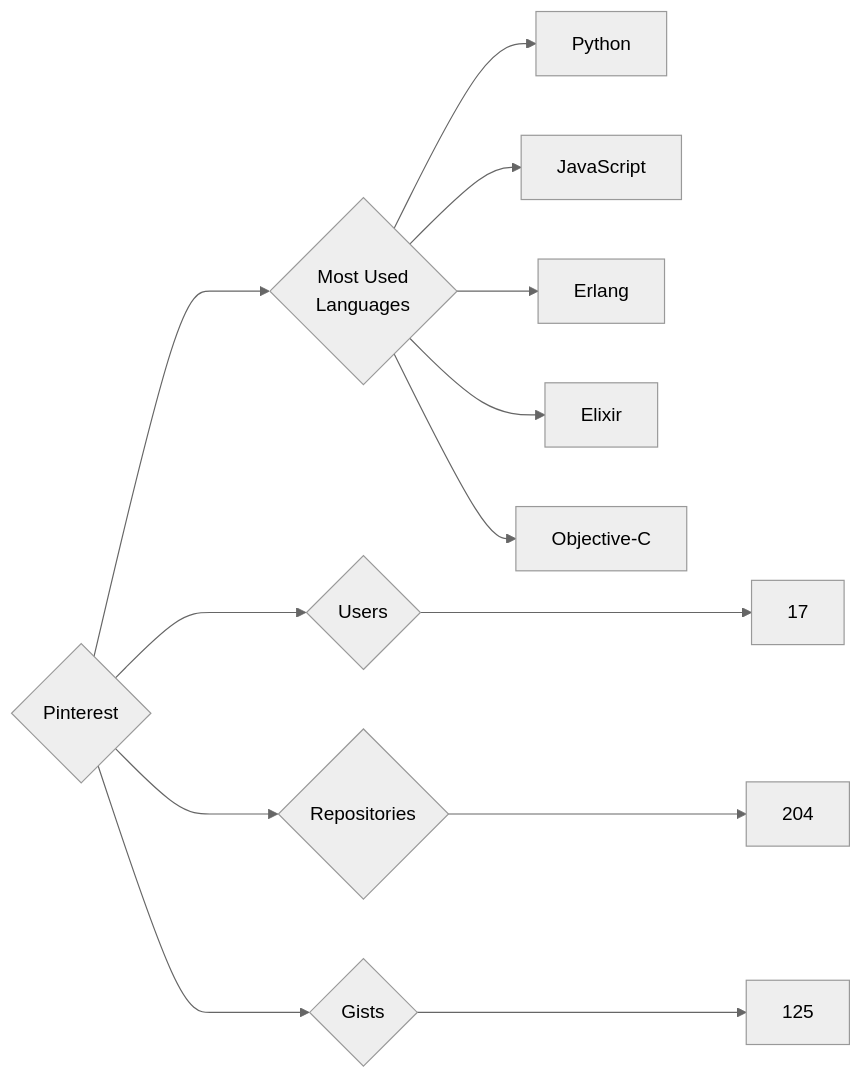
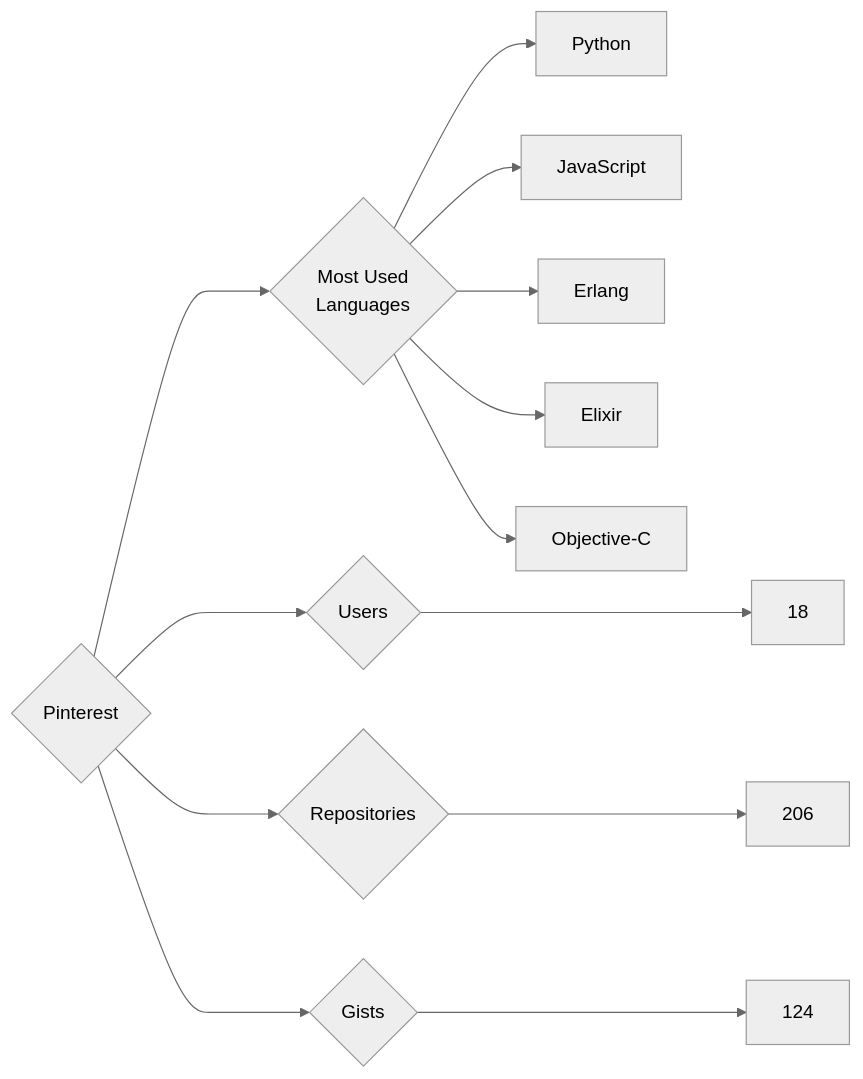
The diagram in targets/Pinterest/README.md (trickest/insiders), drawn with Mermaid (neutral theme) before and after one commit. The commit also changed 973 other files, not shown here.

````diff
--- a/targets/Pinterest/README.md
+++ b/targets/Pinterest/README.md
@@ -3,13 +3,13 @@
 ```mermaid
 graph LR
 COMPANY_NAME{Pinterest}
-COMPANY_NAME ---> U{Users} ---> UN[17]
-COMPANY_NAME ---> R{Repositories} ---> RN[204]
-COMPANY_NAME ---> G{Gists} ---> GN[125]
+COMPANY_NAME ---> U{Users} ---> UN[18]
+COMPANY_NAME ---> R{Repositories} ---> RN[206]
+COMPANY_NAME ---> G{Gists} ---> GN[124]
 COMPANY_NAME ---> ML{Most Used<br>Languages}
 ML --> Python[Python]
 ML --> JavaScript[JavaScript]
 ML --> Erlang[Erlang]
 ML --> Elixir[Elixir]
 ML --> Objective-C[Objective-C]
 ```
````
